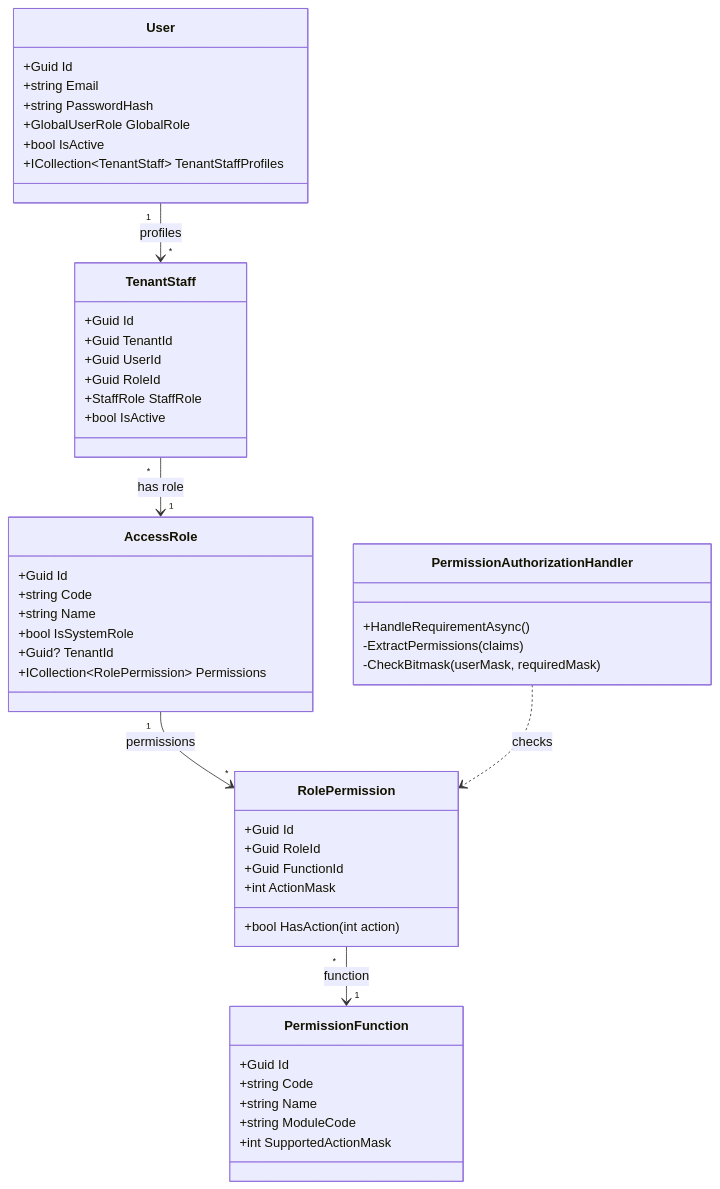
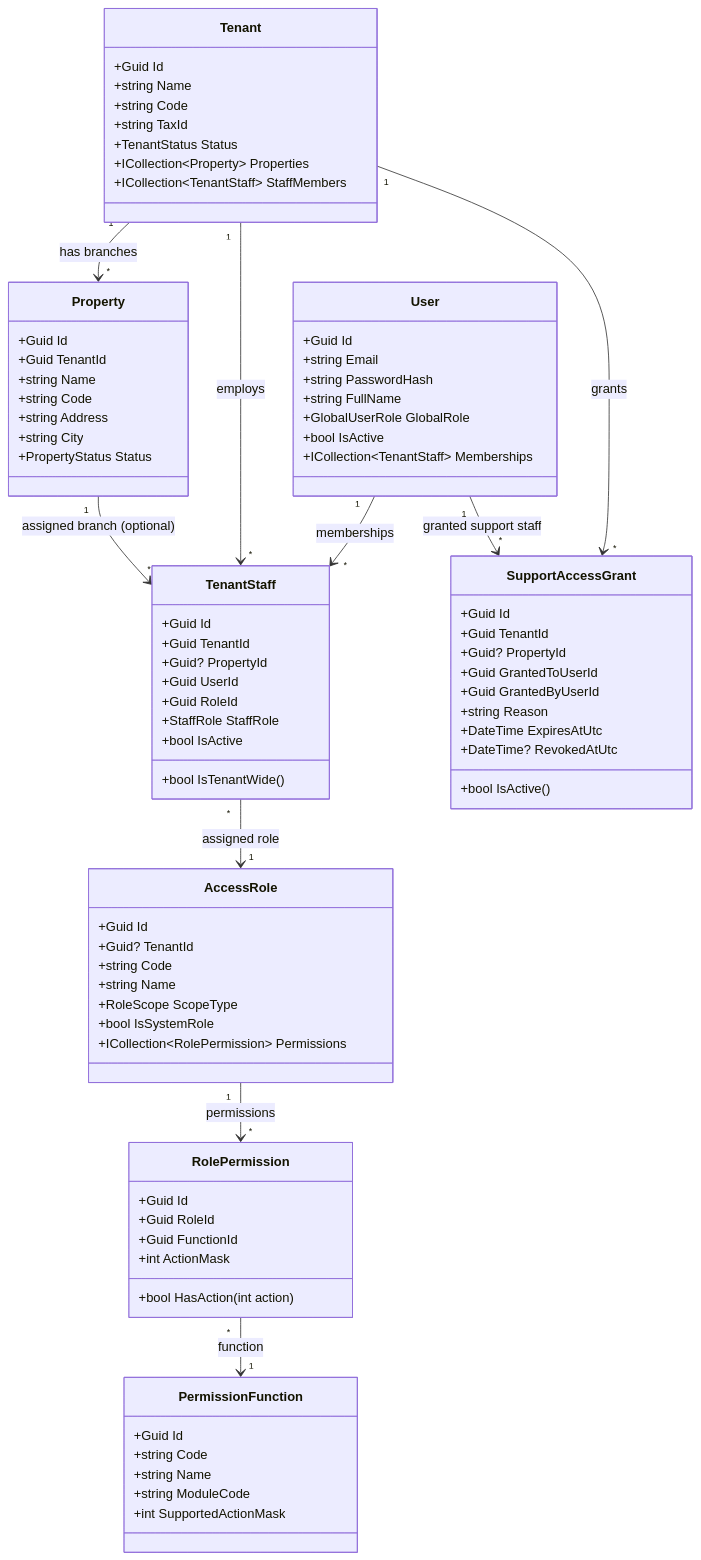
Before and after one commit to GinNgo/hotel-saas-v2: the second of 2 diagrams in docs/sdd/05-rbac-design.md, drawn with Mermaid. The commit also changed other lines of this file and 1003 other files, not shown here.

Commit message:
feat: Phase 1 complete - architecture foundation, auth & RBAC, team roadmaps, week 1 reports, and feature scaffolds

````diff
--- a/docs/sdd/05-rbac-design.md
+++ b/docs/sdd/05-rbac-design.md
@@ -48,26 +55,62 @@
         +Guid Id
         +string Email
         +string PasswordHash
+        +string FullName
         +GlobalUserRole GlobalRole
         +bool IsActive
-        +ICollection~TenantStaff~ TenantStaffProfiles
+        +ICollection~TenantStaff~ Memberships
+    }
+
+    class Tenant {
+        +Guid Id
+        +string Name
+        +string Code
+        +string TaxId
+        +TenantStatus Status
+        +ICollection~Property~ Properties
+        +ICollection~TenantStaff~ StaffMembers
+    }
+
+    class Property {
+        +Guid Id
+        +Guid TenantId
+        +string Name
+        +string Code
+        +string Address
+        +string City
+        +PropertyStatus Status
     }
 
     class TenantStaff {
         +Guid Id
         +Guid TenantId
+        +Guid? PropertyId
         +Guid UserId
         +Guid RoleId
         +StaffRole StaffRole
         +bool IsActive
+        +bool IsTenantWide()
+    }
+
+    class SupportAccessGrant {
+        +Guid Id
+        +Guid TenantId
+        +Guid? PropertyId
+        +Guid GrantedToUserId
+        +Guid GrantedByUserId
+        +string Reason
+        +DateTime ExpiresAtUtc
+        +DateTime? RevokedAtUtc
+        +bool IsActive()
     }
 
     class AccessRole {
         +Guid Id
+        +Guid? TenantId
         +string Code
         +string Name
+        +RoleScope ScopeType
         +bool IsSystemRole
-        +Guid? TenantId
         +ICollection~RolePermission~ Permissions
     }
 
@@ -87,15 +130,13 @@
         +int SupportedActionMask
     }
 
-    class PermissionAuthorizationHandler {
-        +HandleRequirementAsync()
-        -ExtractPermissions(claims)
-        -CheckBitmask(userMask, requiredMask)
-    }
-
-    User "1" --> "*" TenantStaff : profiles
-    TenantStaff "*" --> "1" AccessRole : has role
+    User "1" --> "*" TenantStaff : memberships
+    Tenant "1" --> "*" Property : has branches
+    Tenant "1" --> "*" TenantStaff : employs
+    Property "1" --> "*" TenantStaff : assigned branch (optional)
+    TenantStaff "*" --> "1" AccessRole : assigned role
     AccessRole "1" --> "*" RolePermission : permissions
     RolePermission "*" --> "1" PermissionFunction : function
-    PermissionAuthorizationHandler ..> RolePermission : checks
+    Tenant "1" --> "*" SupportAccessGrant : grants
+    User "1" --> "*" SupportAccessGrant : granted support staff
 ```
````
